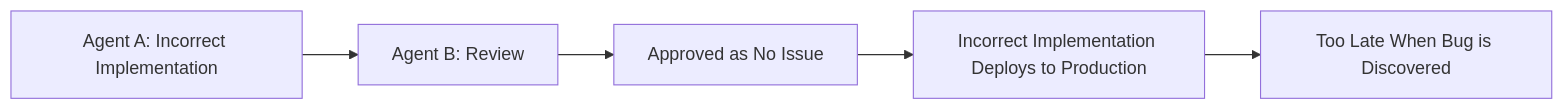
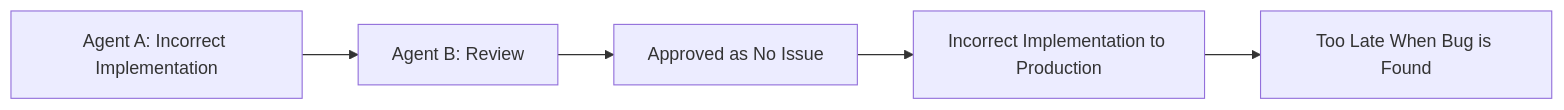
One commit to no-problem-dev/rick-brick-content changed the diagram in articles/en/2026-03-18-spec-driven-development-ai-coding.md. Above: the diagram before and after it, drawn with Mermaid. The commit also changed other lines of this file and 126 other files, not shown here.

````diff
--- a/articles/en/2026-03-18-spec-driven-development-ai-coding.md
+++ b/articles/en/2026-03-18-spec-driven-development-ai-coding.md
@@ -39,7 +38,7 @@
 ```mermaid
 graph LR
     A[Agent A: Incorrect Implementation] --> B[Agent B: Review]
     B --> C[Approved as No Issue]
-    C --> D[Incorrect Implementation Deploys to Production]
-    D --> E[Too Late When Bug is Discovered]
+    C --> D[Incorrect Implementation to Production]
+    D --> E[Too Late When Bug is Found]
 ```
````
